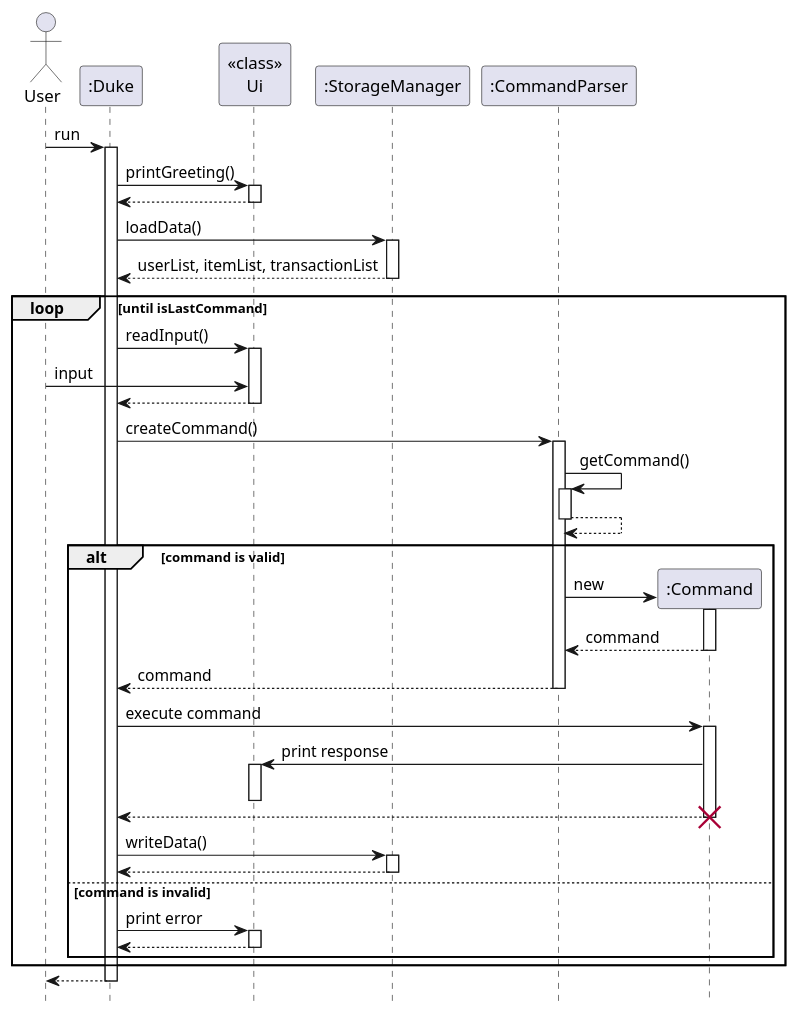
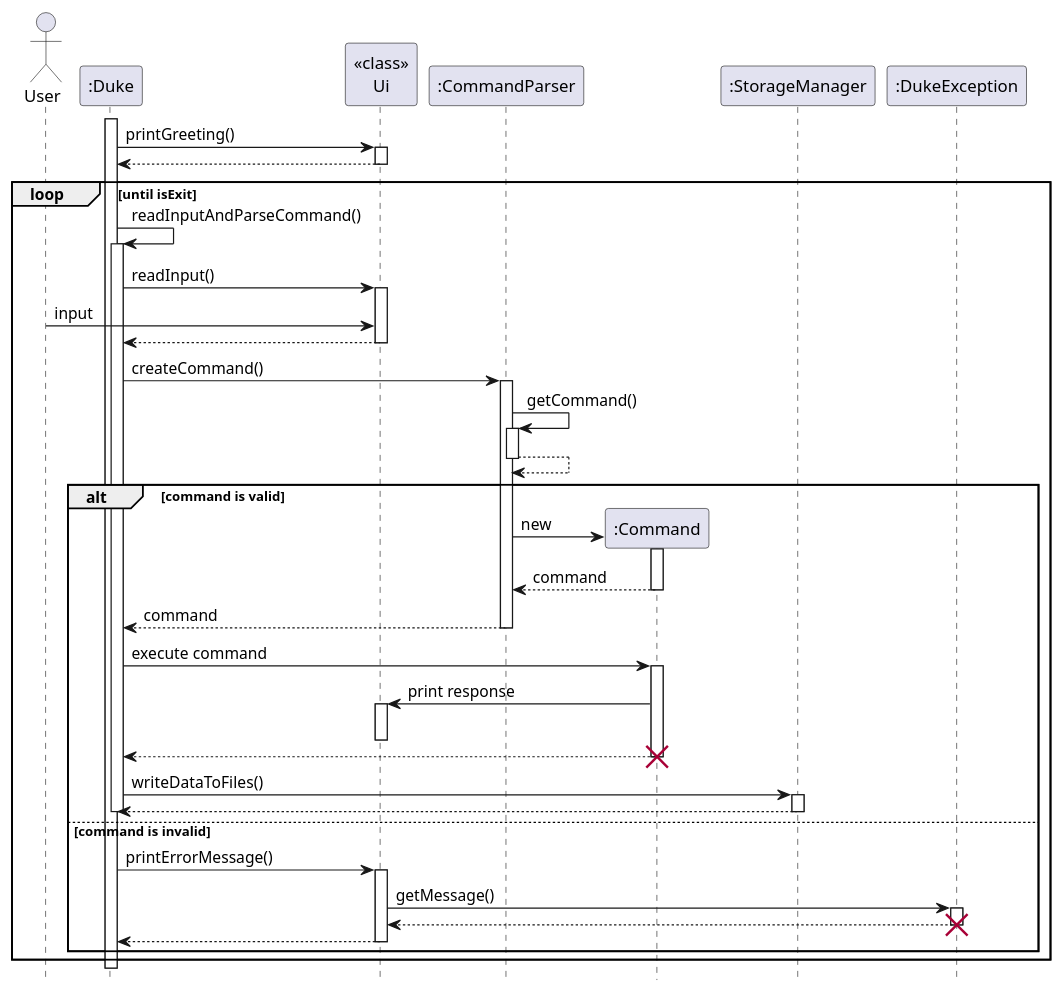
The diagram in docs/diagrams/duke/DukeSequence.puml (nus-cs2113-AY2223S1/tp), drawn with PlantUML before and after one commit. The commit also changed 3 other files, not shown here.

Commit message:
Fix DukeSequence

```diff
--- a/docs/diagrams/duke/DukeSequence.puml
+++ b/docs/diagrams/duke/DukeSequence.puml
@@ -1,53 +1,56 @@
 @startuml
 hide footbox
 
 Actor User
-User -> ":Duke" : run
 activate ":Duke"
 ":Duke" -> "<<class>>\nUi" : printGreeting()
 activate "<<class>>\nUi"
 "<<class>>\nUi" --> ":Duke"
 deactivate "<<class>>\nUi"
-":Duke" -> ":StorageManager" : loadData()
-activate ":StorageManager"
-return userList, itemList, transactionList
-loop until isLastCommand
+
+loop until isExit
+    ":Duke" -> ":Duke": readInputAndParseCommand()
+    activate ":Duke"
     ":Duke" -> "<<class>>\nUi": readInput()
     activate "<<class>>\nUi"
     User -> "<<class>>\nUi":input
     return
     ":Duke" -> ":CommandParser" : createCommand()
     activate ":CommandParser"
     ":CommandParser" -> ":CommandParser" : getCommand()
     activate ":CommandParser"
     ":CommandParser" --> ":CommandParser"
     deactivate ":CommandParser"
 
     alt command is valid
         ":CommandParser" -> ":Command"**: new
         activate ":Command"
         return command
         return command
         ":Duke" -> ":Command" : execute command
         activate ":Command"
         ":Command" -> "<<class>>\nUi": print response
         activate "<<class>>\nUi"
         deactivate "<<class>>\nUi"
         ":Command" --> ":Duke"
         deactivate ":Command"
         destroy ":Command"
-        ":Duke" -> ":StorageManager" : writeData()
+        ":Duke" -> ":StorageManager" : writeDataToFiles()
         activate ":StorageManager"
         return
+        deactivate ":Duke"
 
     else command is invalid
-        ":Duke" -> "<<class>>\nUi" : print error
+        ":Duke" -> "<<class>>\nUi" : printErrorMessage()
         activate "<<class>>\nUi"
+        "<<class>>\nUi" -> ":DukeException" : getMessage()
+        activate ":DukeException"
+        ":DukeException" --> "<<class>>\nUi"
+        destroy ":DukeException"
         "<<class>>\nUi" --> ":Duke"
         deactivate "<<class>>\nUi"
     end
 end
-":Duke" --> "User"
 deactivate ":Duke"
 
 @enduml
```
